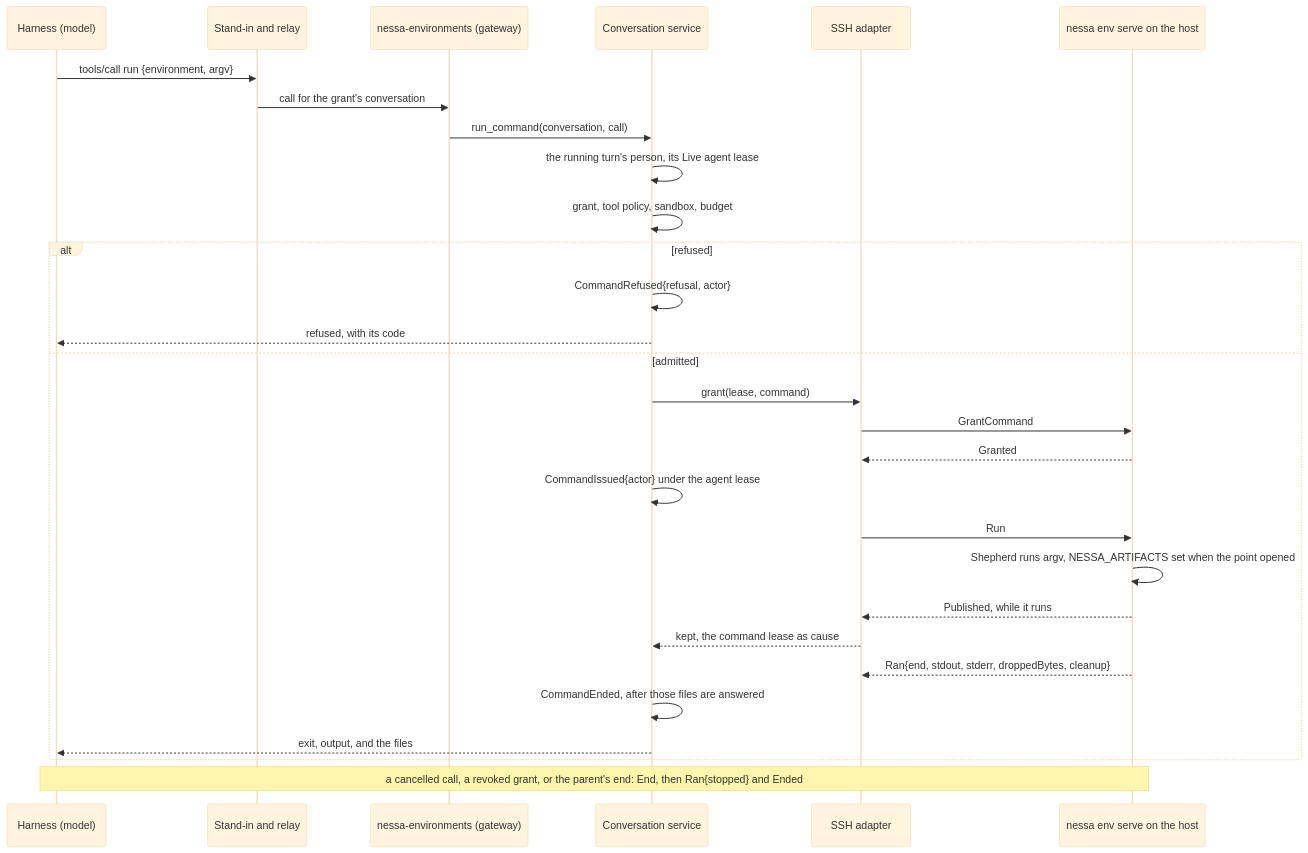
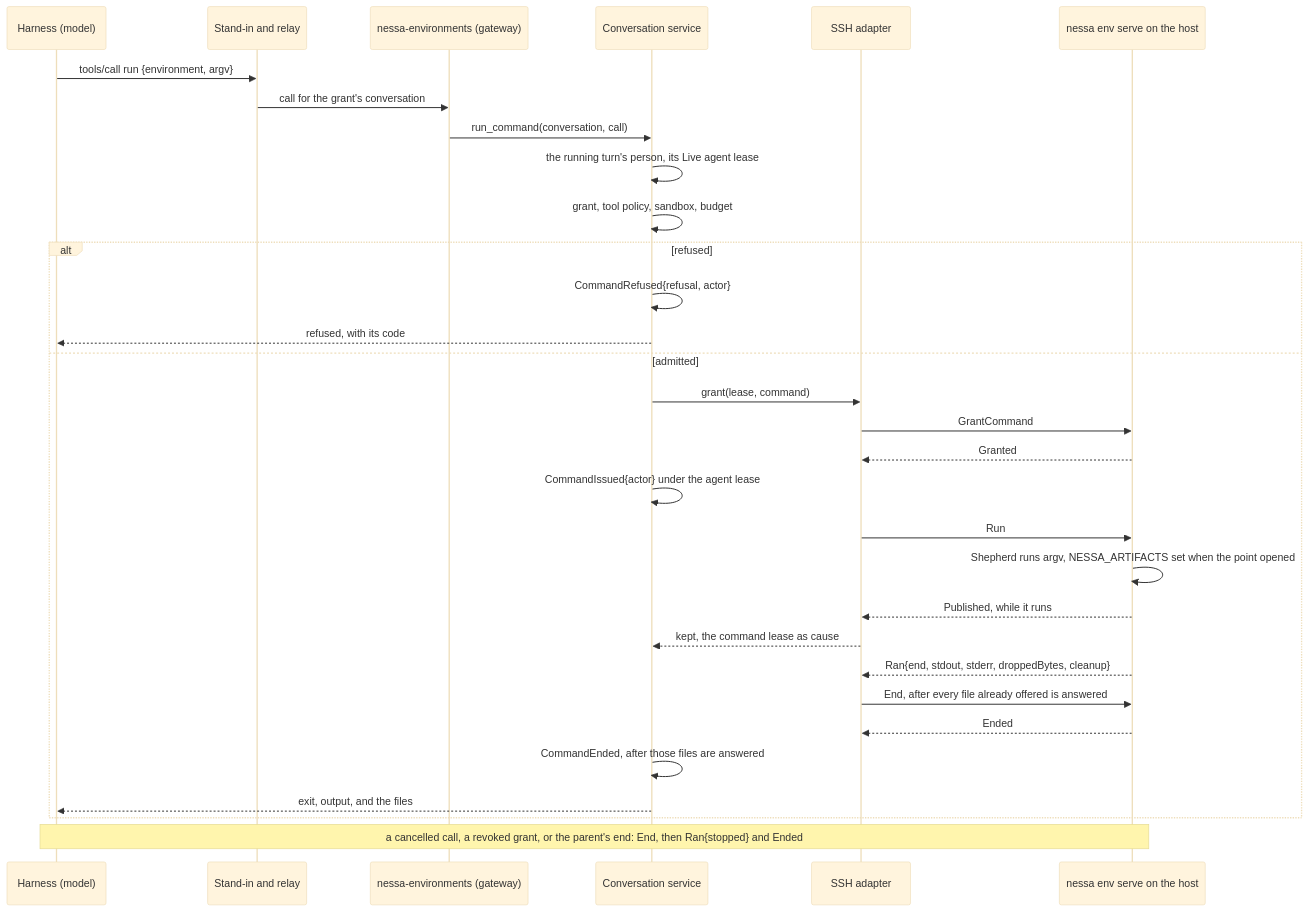
One commit to nessalabs/nessa-agent changed the fourth of 10 diagrams in docs/design/runtime-architecture.md. Above: the diagram before and after it, drawn with Mermaid (base theme). The commit also changed other lines of this file and 4 other files, not shown here.

````diff
--- a/docs/design/runtime-architecture.md
+++ b/docs/design/runtime-architecture.md
@@ -616,31 +616,33 @@
 ```mermaid
 sequenceDiagram
     participant M as Harness (model)
     participant R as Stand-in and relay
     participant T as nessa-environments (gateway)
     participant C as Conversation service
     participant A as SSH adapter
     participant H as nessa env serve on the host
     M->>R: tools/call run {environment, argv}
     R->>T: call for the grant's conversation
     T->>C: run_command(conversation, call)
     C->>C: the running turn's person, its Live agent lease
     C->>C: grant, tool policy, sandbox, budget
     alt refused
         C->>C: CommandRefused{refusal, actor}
         C-->>M: refused, with its code
     else admitted
         C->>A: grant(lease, command)
         A->>H: GrantCommand
         H-->>A: Granted
         C->>C: CommandIssued{actor} under the agent lease
         A->>H: Run
         H->>H: Shepherd runs argv, NESSA_ARTIFACTS set when the point opened
         H-->>A: Published, while it runs
         A-->>C: kept, the command lease as cause
         H-->>A: Ran{end, stdout, stderr, droppedBytes, cleanup}
+        A->>H: End, after every file already offered is answered
+        H-->>A: Ended
         C->>C: CommandEnded, after those files are answered
         C-->>M: exit, output, and the files
     end
     Note over M,H: a cancelled call, a revoked grant, or the parent's end: End, then Ran{stopped} and Ended
 ```
````
